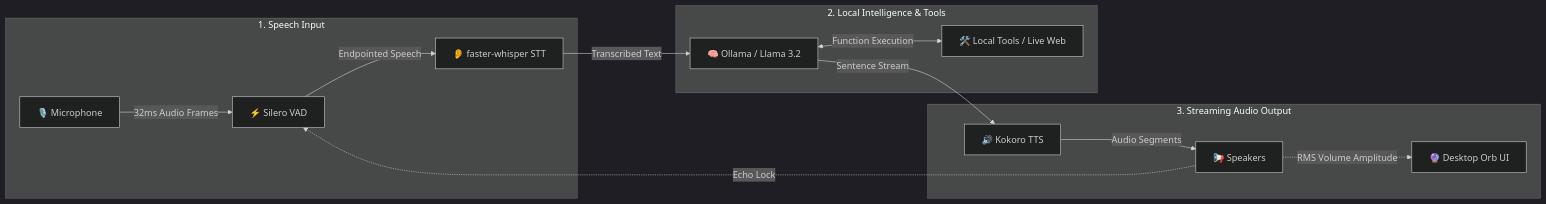
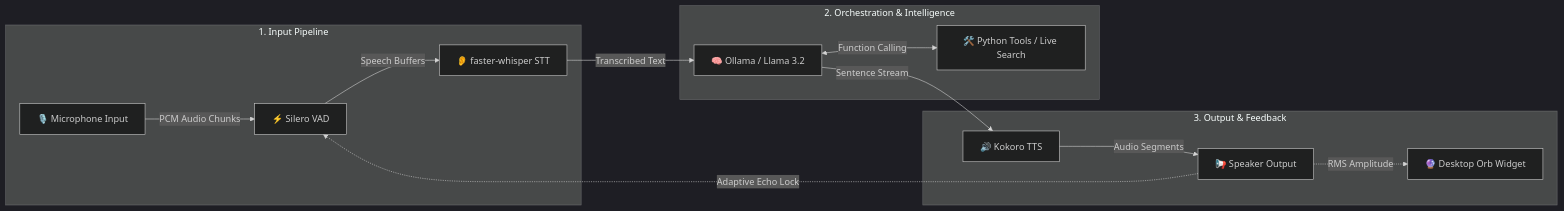
One commit to saikrishnaallam/jarvis_ai changed the diagram in README.md. Above: the diagram before and after it, drawn with Mermaid (dark theme). The commit also changed other lines of this file, not shown here.

Commit message:
docs: restore earlier version of README with shield badges, status symbols, and comprehensive architecture breakdown

````diff
--- a/README.md
+++ b/README.md
@@ -116,19 +45,19 @@
 ```mermaid
 flowchart LR
-    subgraph Input ["1. Speech Input"]
-        A[🎙️ Microphone] -->|32ms Audio Frames| B[⚡ Silero VAD]
-        B -->|Endpointed Speech| C[👂 faster-whisper STT]
+    subgraph Input ["1. Input Pipeline"]
+        A[🎙️ Microphone Input] -->|PCM Audio Chunks| B[⚡ Silero VAD]
+        B -->|Speech Buffers| C[👂 faster-whisper STT]
     end
 
-    subgraph Intelligence ["2. Local Intelligence & Tools"]
+    subgraph Intelligence ["2. Orchestration & Intelligence"]
         C -->|Transcribed Text| D[🧠 Ollama / Llama 3.2]
-        D <-->|Function Execution| E[🛠️ Local Tools / Live Web]
+        D <-->|Function Calling| E[🛠️ Python Tools / Live Search]
     end
 
-    subgraph Output ["3. Streaming Audio Output"]
+    subgraph Output ["3. Output & Feedback"]
         D -->|Sentence Stream| F[🔊 Kokoro TTS]
-        F -->|Audio Segments| G[📢 Speakers]
-        G -.->|RMS Volume Amplitude| H[🔮 Desktop Orb UI]
-        G -.->|Echo Lock| B
+        F -->|Audio Segments| G[📢 Speaker Output]
+        G -.->|RMS Amplitude| H[🔮 Desktop Orb Widget]
+        G -.->|Adaptive Echo Lock| B
     end
 ```
````
